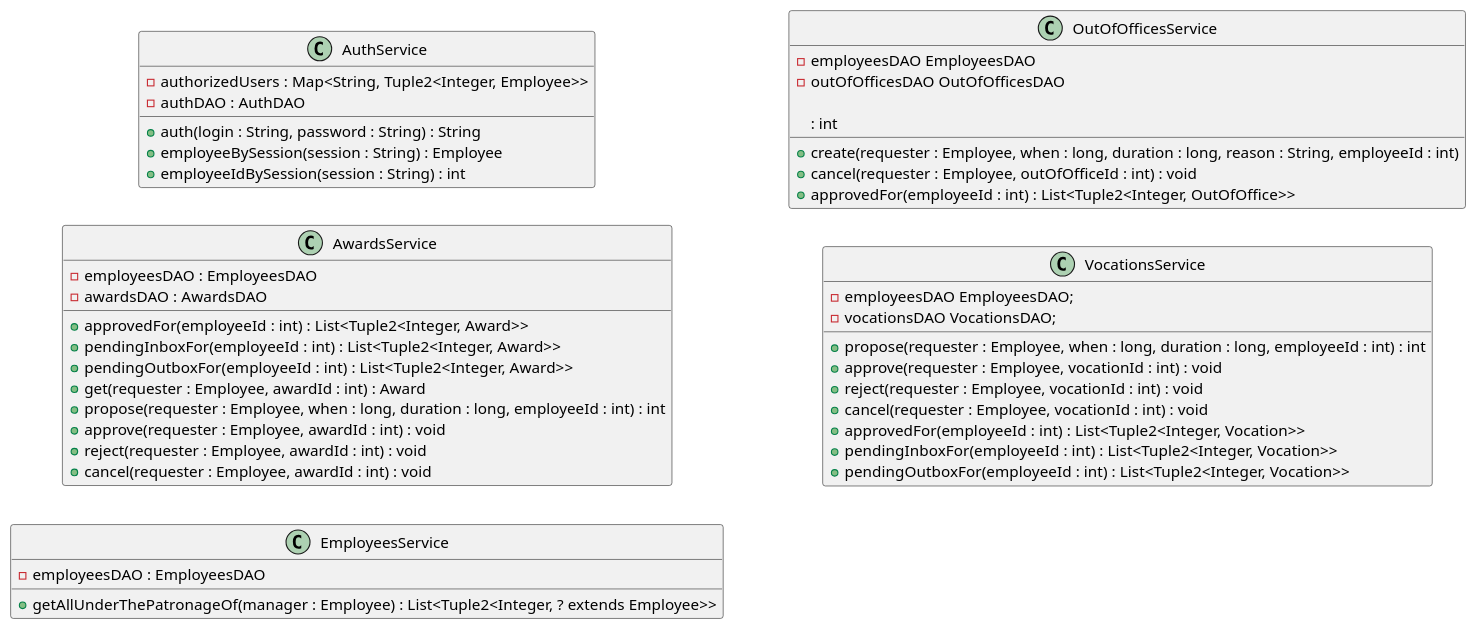
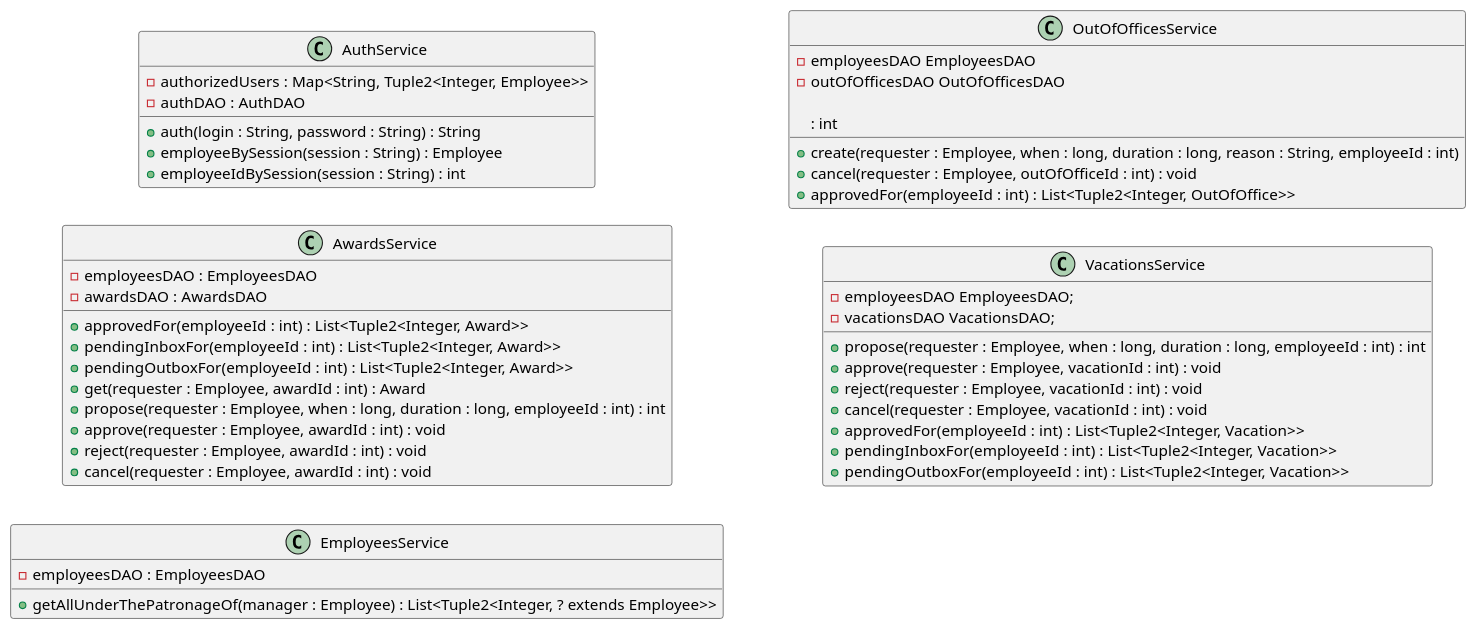
One commit to JohnKhandygo/EM changed the diagram in diagrams/classes/bl.puml. Above: the diagram before and after it, drawn with PlantUML. The commit also changed 5 other files, not shown here.

Commit message:
update spelling in diagrams.

```diff
--- a/diagrams/classes/bl.puml
+++ b/diagrams/classes/bl.puml
@@ -1,55 +1,55 @@
 @startuml
 left to right direction
 
 class AuthService {
   - authorizedUsers : Map<String, Tuple2<Integer, Employee>>
   - authDAO : AuthDAO
 
   + auth(login : String, password : String) : String
   + employeeBySession(session : String) : Employee
   + employeeIdBySession(session : String) : int
 }
 
 class AwardsService {
   - employeesDAO : EmployeesDAO
   - awardsDAO : AwardsDAO
 
   + approvedFor(employeeId : int) : List<Tuple2<Integer, Award>>
   + pendingInboxFor(employeeId : int) : List<Tuple2<Integer, Award>>
   + pendingOutboxFor(employeeId : int) : List<Tuple2<Integer, Award>>
   + get(requester : Employee, awardId : int) : Award
   + propose(requester : Employee, when : long, duration : long, employeeId : int) : int
   + approve(requester : Employee, awardId : int) : void
   + reject(requester : Employee, awardId : int) : void
   + cancel(requester : Employee, awardId : int) : void
 }
 
 class EmployeesService {
   - employeesDAO : EmployeesDAO
   + getAllUnderThePatronageOf(manager : Employee) : List<Tuple2<Integer, ? extends Employee>>
 }
 
 class OutOfOfficesService {
   - employeesDAO EmployeesDAO
   - outOfOfficesDAO OutOfOfficesDAO
 
   + create(requester : Employee, when : long, duration : long, reason : String, employeeId : int)
    : int
   + cancel(requester : Employee, outOfOfficeId : int) : void
   + approvedFor(employeeId : int) : List<Tuple2<Integer, OutOfOffice>>
 }
 
-class VocationsService {
+class VacationsService {
   - employeesDAO EmployeesDAO;
-  - vocationsDAO VocationsDAO;
+  - vacationsDAO VacationsDAO;
 
   + propose(requester : Employee, when : long, duration : long, employeeId : int) : int
-  + approve(requester : Employee, vocationId : int) : void
-  + reject(requester : Employee, vocationId : int) : void
-  + cancel(requester : Employee, vocationId : int) : void
-  + approvedFor(employeeId : int) : List<Tuple2<Integer, Vocation>>
-  + pendingInboxFor(employeeId : int) : List<Tuple2<Integer, Vocation>>
-  + pendingOutboxFor(employeeId : int) : List<Tuple2<Integer, Vocation>>
+  + approve(requester : Employee, vacationId : int) : void
+  + reject(requester : Employee, vacationId : int) : void
+  + cancel(requester : Employee, vacationId : int) : void
+  + approvedFor(employeeId : int) : List<Tuple2<Integer, Vacation>>
+  + pendingInboxFor(employeeId : int) : List<Tuple2<Integer, Vacation>>
+  + pendingOutboxFor(employeeId : int) : List<Tuple2<Integer, Vacation>>
 }
 
 @enduml
```
